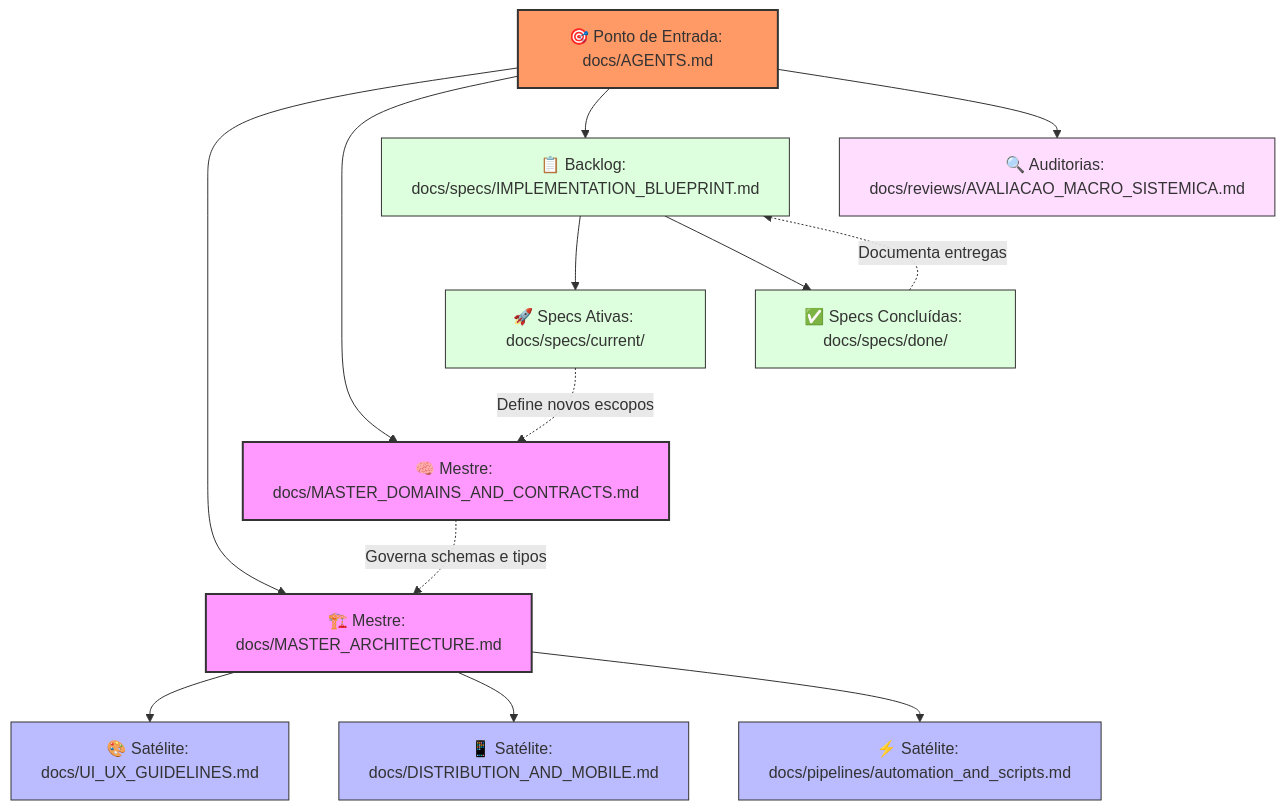
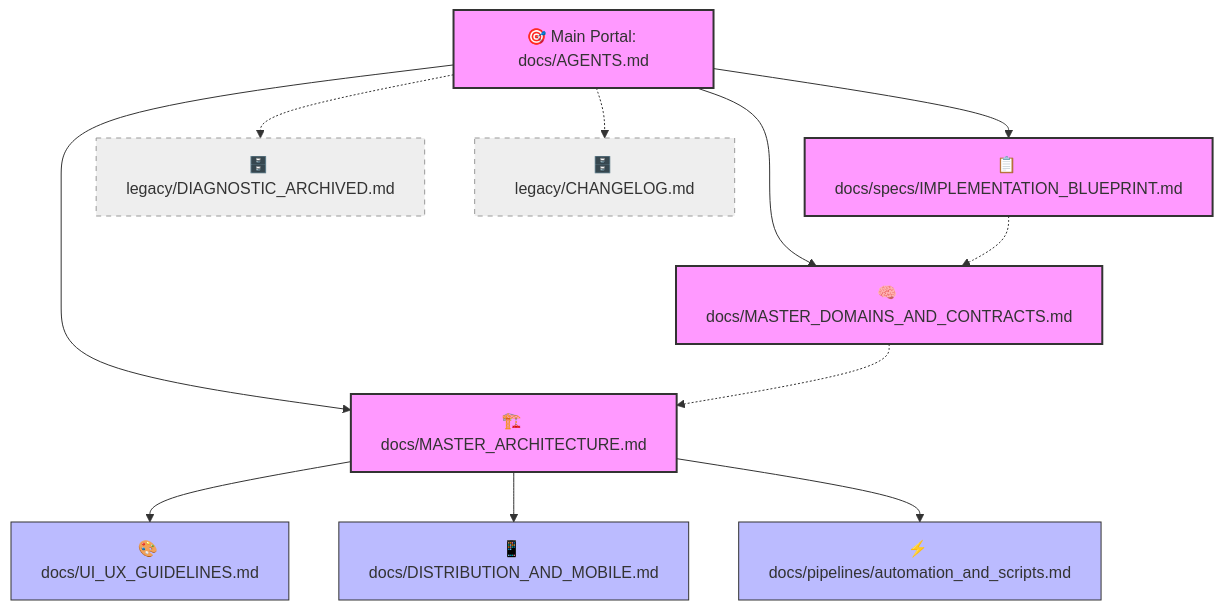
Before and after one commit to felipeteixeirams/Aimee-ia: the diagram in docs/AGENTS.md, drawn with Mermaid. The commit also changed other lines of this file and 11 other files, not shown here.

````diff
--- a/docs/AGENTS.md
+++ b/docs/AGENTS.md
@@ -10,36 +10,25 @@
 ```mermaid
 graph TD
-    %% Ponto de Entrada
-    AGENTS[🎯 Ponto de Entrada: docs/AGENTS.md] --> ARCH[🏗️ Mestre: docs/MASTER_ARCHITECTURE.md]
-    AGENTS --> DOMAINS[🧠 Mestre: docs/MASTER_DOMAINS_AND_CONTRACTS.md]
+    AGENTS[🎯 Main Portal: docs/AGENTS.md] --> ARCH[🏗️ docs/MASTER_ARCHITECTURE.md]
+    AGENTS --> DOMAINS[🧠 docs/MASTER_DOMAINS_AND_CONTRACTS.md]
+    AGENTS --> BLUEPRINT[📋 docs/specs/IMPLEMENTATION_BLUEPRINT.md]
     
-    %% Satélites
-    ARCH --> UIUX[🎨 Satélite: docs/UI_UX_GUIDELINES.md]
-    ARCH --> MOBL[📱 Satélite: docs/DISTRIBUTION_AND_MOBILE.md]
-    ARCH --> PIPE[⚡ Satélite: docs/pipelines/automation_and_scripts.md]
+    ARCH --> UIUX[🎨 docs/UI_UX_GUIDELINES.md]
+    ARCH --> MOBL[📱 docs/DISTRIBUTION_AND_MOBILE.md]
+    ARCH --> PIPE[⚡ docs/pipelines/automation_and_scripts.md]
     
-    %% Especificações e Backlog
-    AGENTS --> BLUEPRINT[📋 Backlog: docs/specs/IMPLEMENTATION_BLUEPRINT.md]
-    BLUEPRINT --> SPEC_CURR[🚀 Specs Ativas: docs/specs/current/]
-    BLUEPRINT --> SPEC_DONE[✅ Specs Concluídas: docs/specs/done/]
+    DOMAINS -.-> ARCH
+    BLUEPRINT -.-> DOMAINS
     
-    %% Revisões e Auditorias
-    AGENTS --> REVIEWS[🔍 Auditorias: docs/reviews/AVALIACAO_MACRO_SISTEMICA.md]
+    %% Camadas de Arquivamento
+    AGENTS -.-> LEGACY_DIAG[🗄️ legacy/DIAGNOSTIC_ARCHIVED.md]
+    AGENTS -.-> LEGACY_CHAN[🗄️ legacy/CHANGELOG.md]
 
-    %% Relacionamentos de Contrato
-    DOMAINS -.->|Governa schemas e tipos| ARCH
-    SPEC_CURR -.->|Define novos escopos| DOMAINS
-    SPEC_DONE -.->|Documenta entregas| BLUEPRINT
-
-    classDef entry fill:#f96,stroke:#333,stroke-width:2px;
     classDef master fill:#f9f,stroke:#333,stroke-width:2px;
     classDef satellite fill:#bbf,stroke:#333,stroke-width:1px;
-    classDef specs fill:#dfd,stroke:#333,stroke-width:1px;
-    classDef review fill:#fdf,stroke:#333,stroke-width:1px;
+    classDef archive fill:#eee,stroke:#999,stroke-dasharray: 5, 5;
     
-    class AGENTS entry;
-    class ARCH,DOMAINS master;
+    class AGENTS,ARCH,DOMAINS,BLUEPRINT master;
     class UIUX,MOBL,PIPE satellite;
-    class BLUEPRINT,SPEC_CURR,SPEC_DONE specs;
-    class REVIEWS review;
+    class LEGACY_DIAG,LEGACY_CHAN archive;
 ```
````
